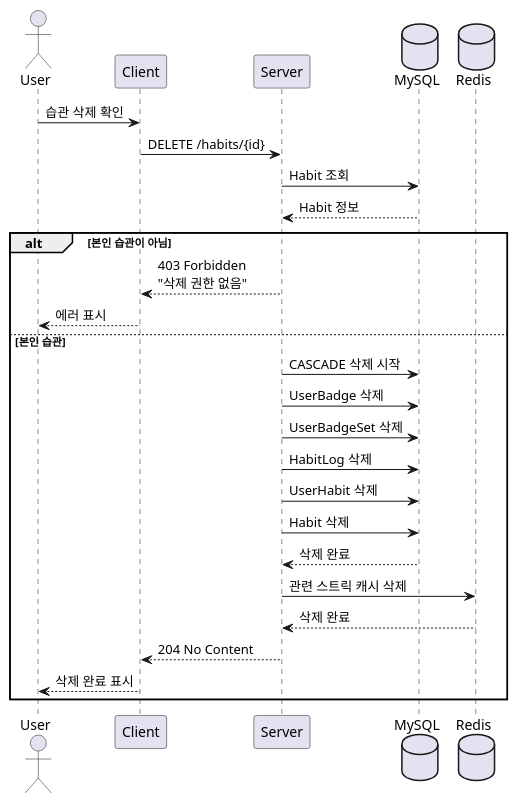
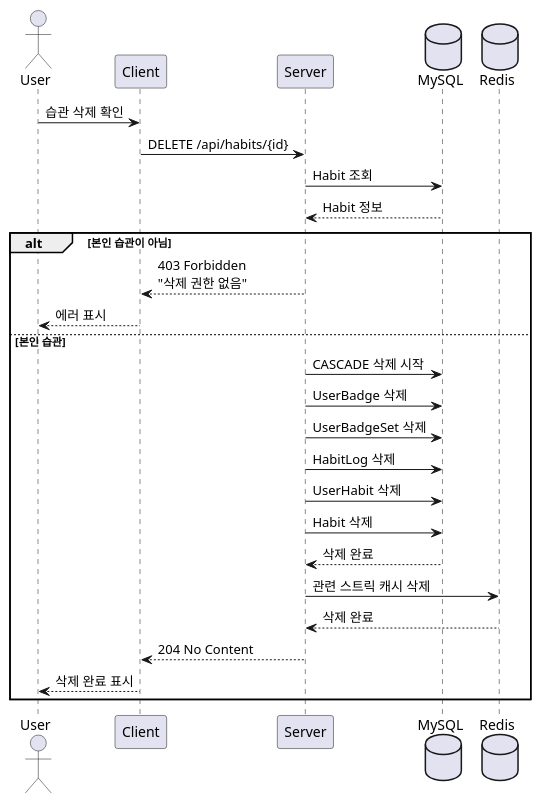
Before and after one commit to daily-one-page/daily-one-page-backend: the eighth of 29 diagrams in docs/sequence-diagram.md, drawn with PlantUML. The commit also changed other lines of this file and 38 other files, not shown here.

First line of the commit message:
docs: Sync API spec, ERD, Sequence Diagram and add Postman Collection

````diff
--- a/docs/sequence-diagram.md
+++ b/docs/sequence-diagram.md
@@ -212,32 +212,32 @@
 ```plantuml
 @startuml 커스텀 습관 삭제
 actor User
 participant Client
 participant Server
 database MySQL
 database Redis
 
 User -> Client: 습관 삭제 확인
-Client -> Server: DELETE /habits/{id}
+Client -> Server: DELETE /api/habits/{id}
 Server -> MySQL: Habit 조회
 MySQL --> Server: Habit 정보
 
 alt 본인 습관이 아님
     Server --> Client: 403 Forbidden\n"삭제 권한 없음"
     Client --> User: 에러 표시
 else 본인 습관
     Server -> MySQL: CASCADE 삭제 시작
     Server -> MySQL: UserBadge 삭제
     Server -> MySQL: UserBadgeSet 삭제
     Server -> MySQL: HabitLog 삭제
     Server -> MySQL: UserHabit 삭제
     Server -> MySQL: Habit 삭제
     MySQL --> Server: 삭제 완료
     Server -> Redis: 관련 스트릭 캐시 삭제
     Redis --> Server: 삭제 완료
     Server --> Client: 204 No Content
     Client --> User: 삭제 완료 표시
 end
 
 @enduml
 ```
````
